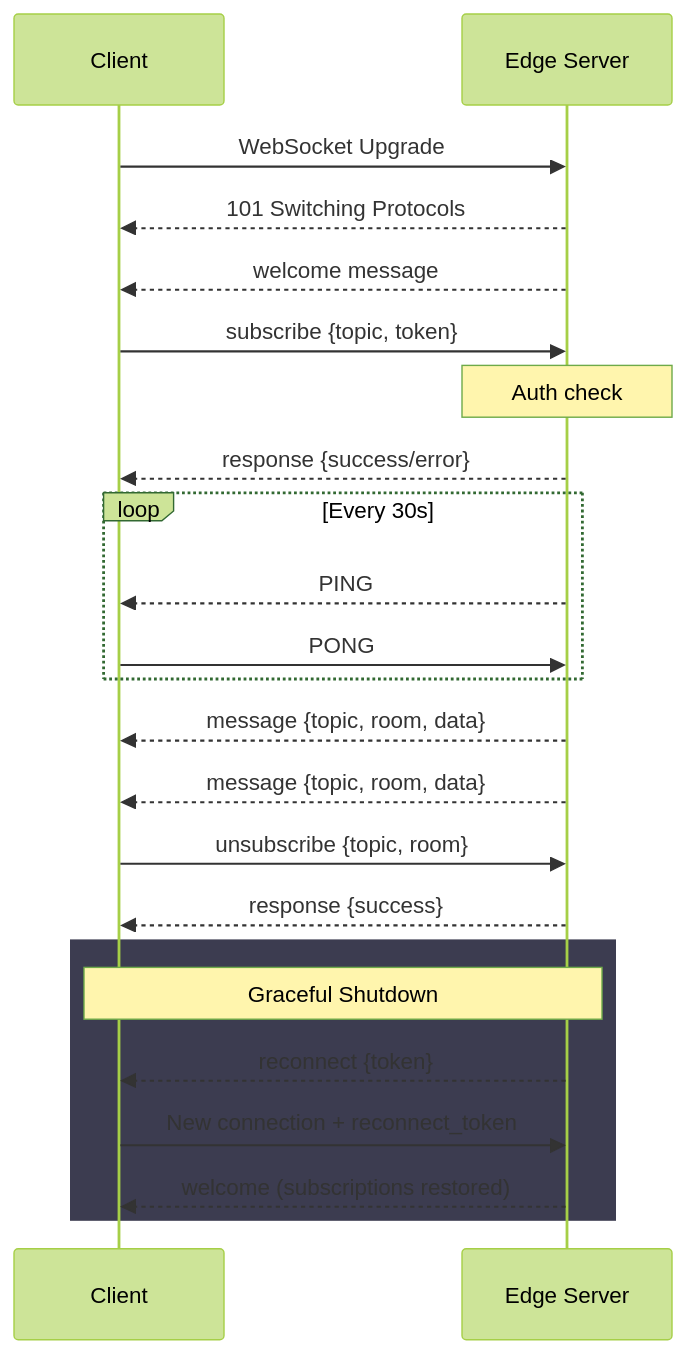
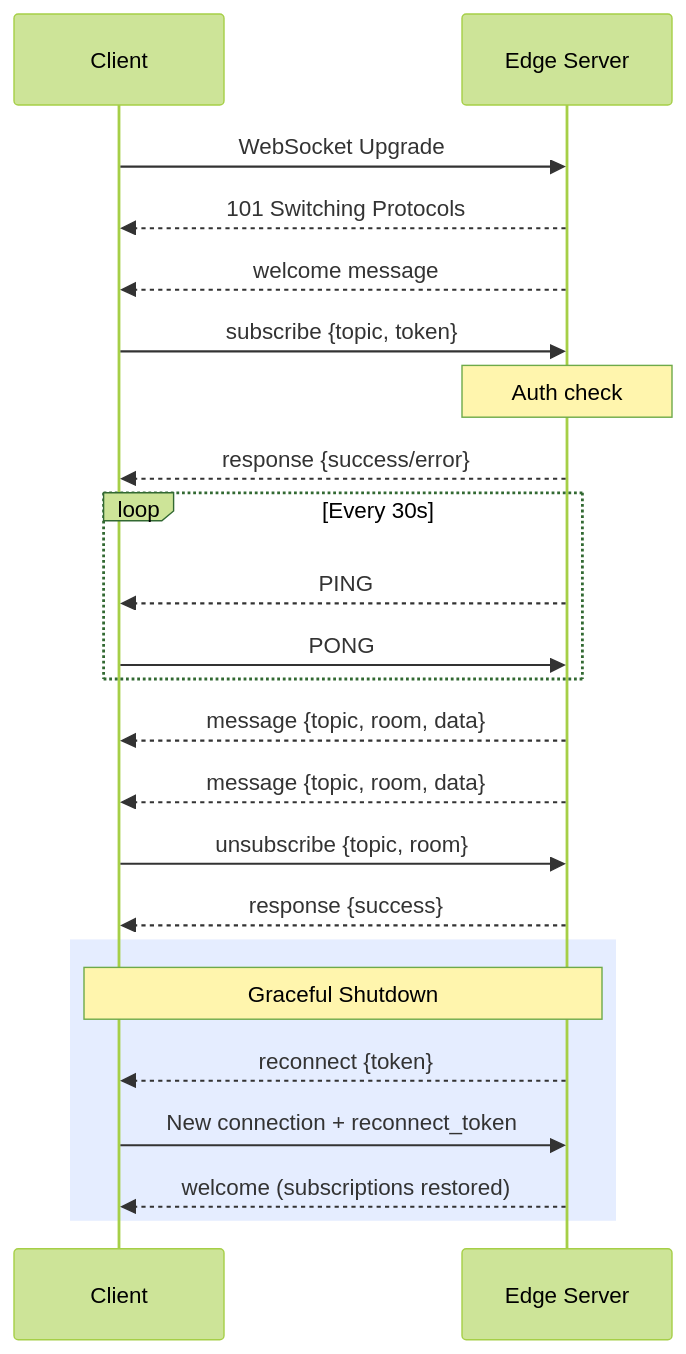
Before and after one commit to StreamElements/docs: the diagram in src/content/docs/websockets/index.mdx, drawn with Mermaid (forest theme). The commit also changed 151 other files, not shown here.

````diff
--- a/src/content/docs/websockets/index.mdx
+++ b/src/content/docs/websockets/index.mdx
@@ -85,31 +85,31 @@
 ```mermaid
 sequenceDiagram
     participant Client
     participant Edge as Edge Server
 
     Client->>Edge: WebSocket Upgrade
     Edge-->>Client: 101 Switching Protocols
     Edge-->>Client: welcome message
 
     Client->>Edge: subscribe {topic, token}
     Note over Edge: Auth check
     Edge-->>Client: response {success/error}
 
     loop Every 30s
         Edge-->>Client: PING
         Client->>Edge: PONG
     end
 
     Edge-->>Client: message {topic, room, data}
     Edge-->>Client: message {topic, room, data}
 
     Client->>Edge: unsubscribe {topic, room}
     Edge-->>Client: response {success}
 
-    rect rgb(60, 60, 80)
+    rect rgba(43, 108, 255, 0.12)
         Note over Client,Edge: Graceful Shutdown
         Edge-->>Client: reconnect {token}
         Client->>Edge: New connection + reconnect_token
         Edge-->>Client: welcome (subscriptions restored)
     end
 ```
````
